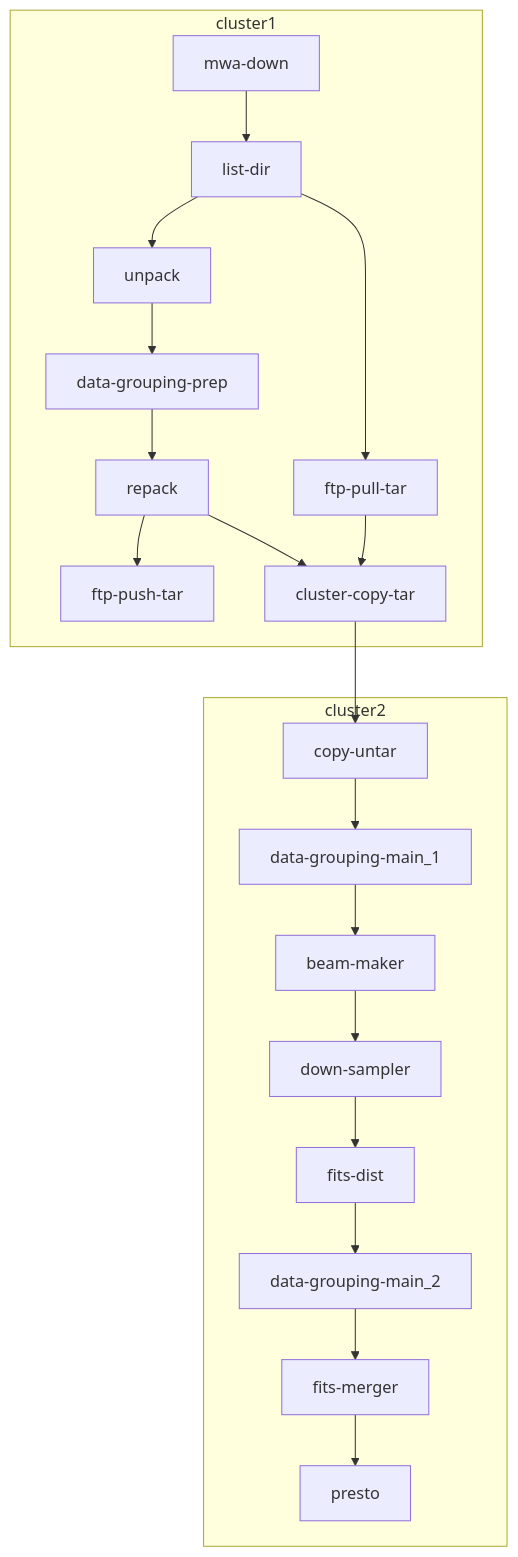
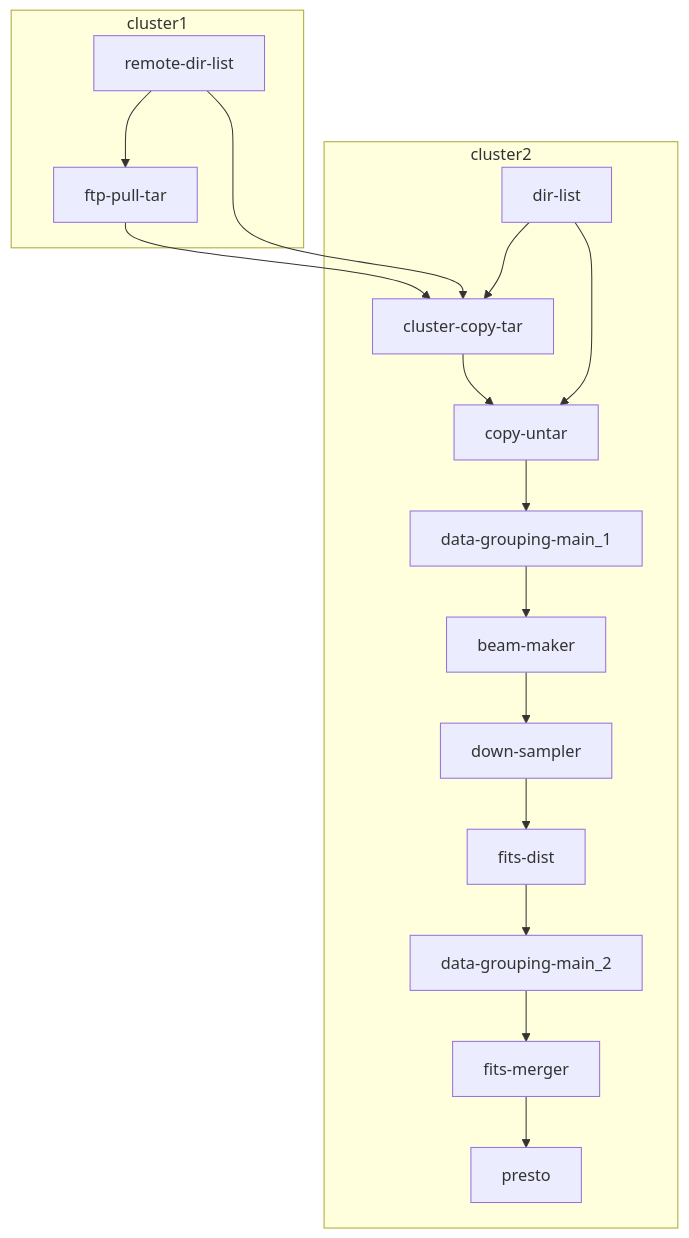
Before and after one commit to kaichao/app-mwa: the fourth of 4 diagrams in README.md, drawn with Mermaid. The commit also changed other lines of this file and 20 other files, not shown here.

````diff
--- a/README.md
+++ b/README.md
@@ -149,41 +164,34 @@
 ```mermaid
 
-flowchart TB
-  mwa-down --> list-dir
-  list-dir --> unpack
-  list-dir --> ftp-pull-tar
-  unpack --> data-grouping-prep
-  data-grouping-prep --> repack
-  repack --> ftp-push-tar
-  repack --> cluster-copy-tar
+flowchart TD
+  remote-dir-list --> ftp-pull-tar
+  remote-dir-list --> cluster-copy-tar
   ftp-pull-tar --> cluster-copy-tar
+  dir-list --> cluster-copy-tar
+  dir-list --> copy-untar
   cluster-copy-tar --> copy-untar
   copy-untar --> data-grouping-main_1
   data-grouping-main_1 --> beam-maker
   beam-maker --> down-sampler
   down-sampler --> fits-dist
   fits-dist --> data-grouping-main_2
   data-grouping-main_2 --> fits-merger
   fits-merger --> presto
   subgraph cluster2
+    dir-list
+    cluster-copy-tar
     copy-untar
     beam-maker
     down-sampler
     fits-dist
     data-grouping-main_1
     data-grouping-main_2
     fits-merger
     presto
   end
   subgraph cluster1
-    mwa-down
-    list-dir
-    unpack
-    data-grouping-prep
-    repack
-    ftp-push-tar
-    cluster-copy-tar
+    remote-dir-list
     ftp-pull-tar
   end
   
 ```
````
